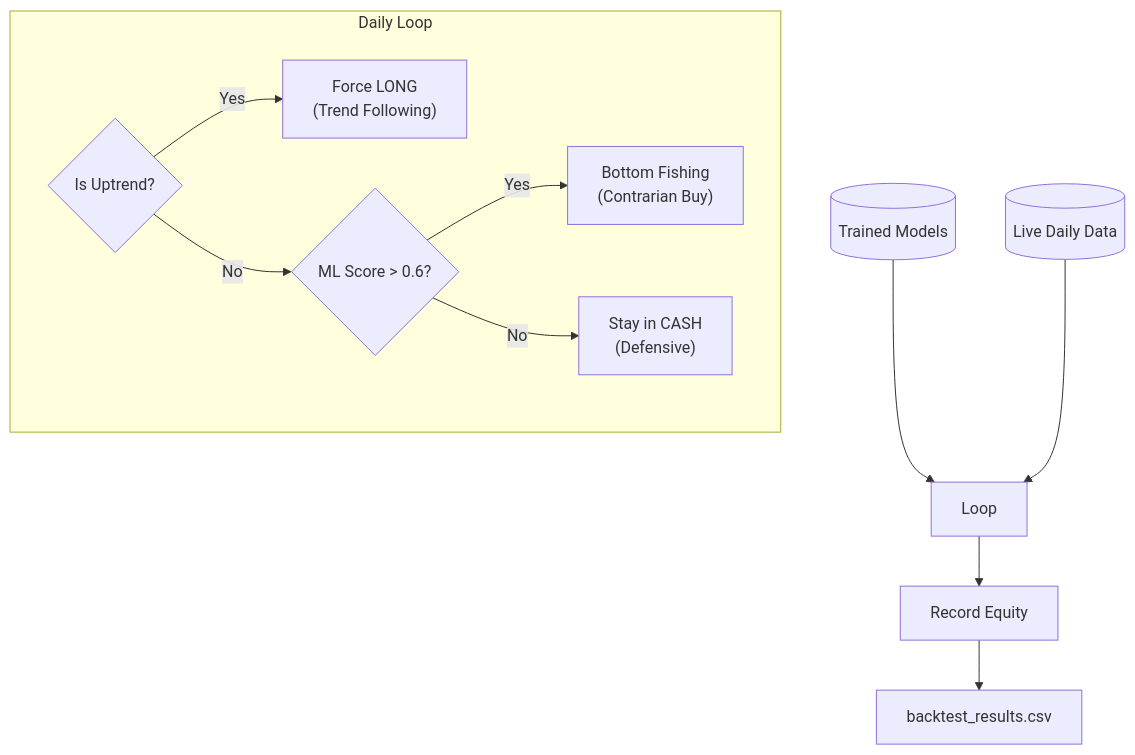
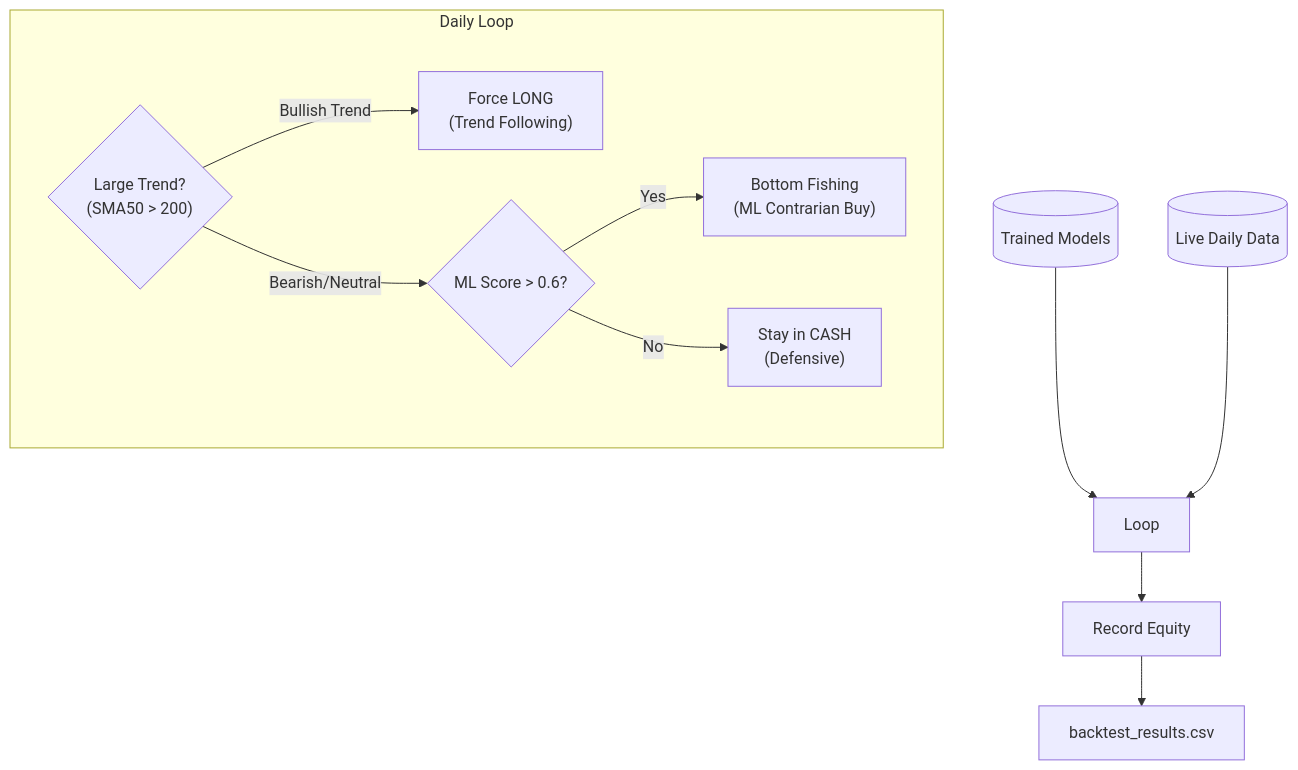
One commit to pravindev666/Tradyx-Aleph changed the fourth of 6 diagrams in README.md. Above: the diagram before and after it, drawn with Mermaid.

````diff
--- a/README.md
+++ b/README.md
@@ -76,16 +76,16 @@
 ```mermaid
 flowchart TD
     Models[("Trained Models")] --> Loop
     Live[("Live Daily Data")] --> Loop
     
     subgraph Daily Loop
-        Step1{"Is Uptrend?"}
-        Step1 -- Yes --> Trend["Force LONG<br/>(Trend Following)"]
-        Step1 -- No --> CheckML{"ML Score > 0.6?"}
-        CheckML -- Yes --> Bottom["Bottom Fishing<br/>(Contrarian Buy)"]
+        Step1{"Large Trend?<br/>(SMA50 > 200)"}
+        Step1 -- "Bullish Trend" --> Trend["Force LONG<br/>(Trend Following)"]
+        Step1 -- "Bearish/Neutral" --> CheckML{"ML Score > 0.6?"}
+        CheckML -- Yes --> Bottom["Bottom Fishing<br/>(ML Contrarian Buy)"]
         CheckML -- No --> Cash["Stay in CASH<br/>(Defensive)"]
     end
     
     Loop --> Rec["Record Equity"]
     Rec --> CSV["backtest_results.csv"]
 ```
````
